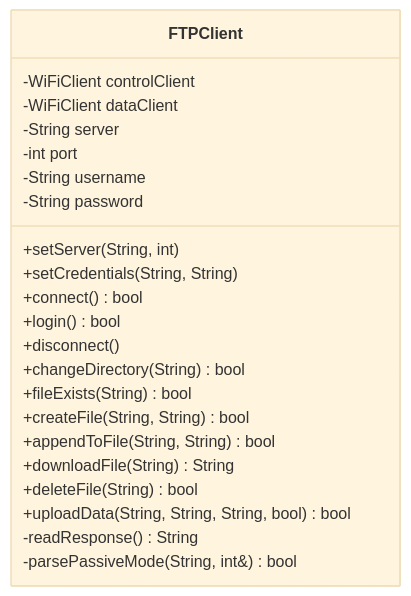
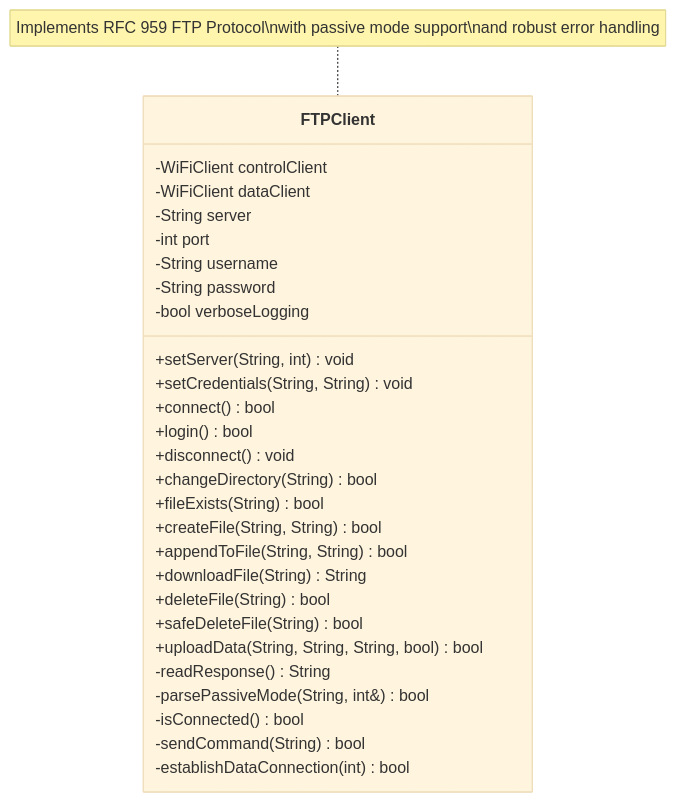
Before and after one commit to ExploiTR/RoutineTimer: the third of 4 diagrams in LLD.md, drawn with Mermaid (base theme). The commit also changed other lines of this file and 4 other files, not shown here.

````diff
--- a/LLD.md
+++ b/LLD.md
@@ -155,27 +280,34 @@
 ```mermaid
 classDiagram
     class FTPClient {
         -WiFiClient controlClient
         -WiFiClient dataClient
         -String server
         -int port
         -String username
         -String password
+        -bool verboseLogging
         
-        +setServer(String, int)
-        +setCredentials(String, String)
+        +setServer(String, int) void
+        +setCredentials(String, String) void
         +connect() bool
         +login() bool
-        +disconnect()
+        +disconnect() void
         +changeDirectory(String) bool
         +fileExists(String) bool
         +createFile(String, String) bool
         +appendToFile(String, String) bool
         +downloadFile(String) String
         +deleteFile(String) bool
+        +safeDeleteFile(String) bool
         +uploadData(String, String, String, bool) bool
         
         -readResponse() String
         -parsePassiveMode(String, int&) bool
+        -isConnected() bool
+        -sendCommand(String) bool
+        -establishDataConnection(int) bool
     }
+    
+    note for FTPClient "Implements RFC 959 FTP Protocol\nwith passive mode support\nand robust error handling"
 ```
````
